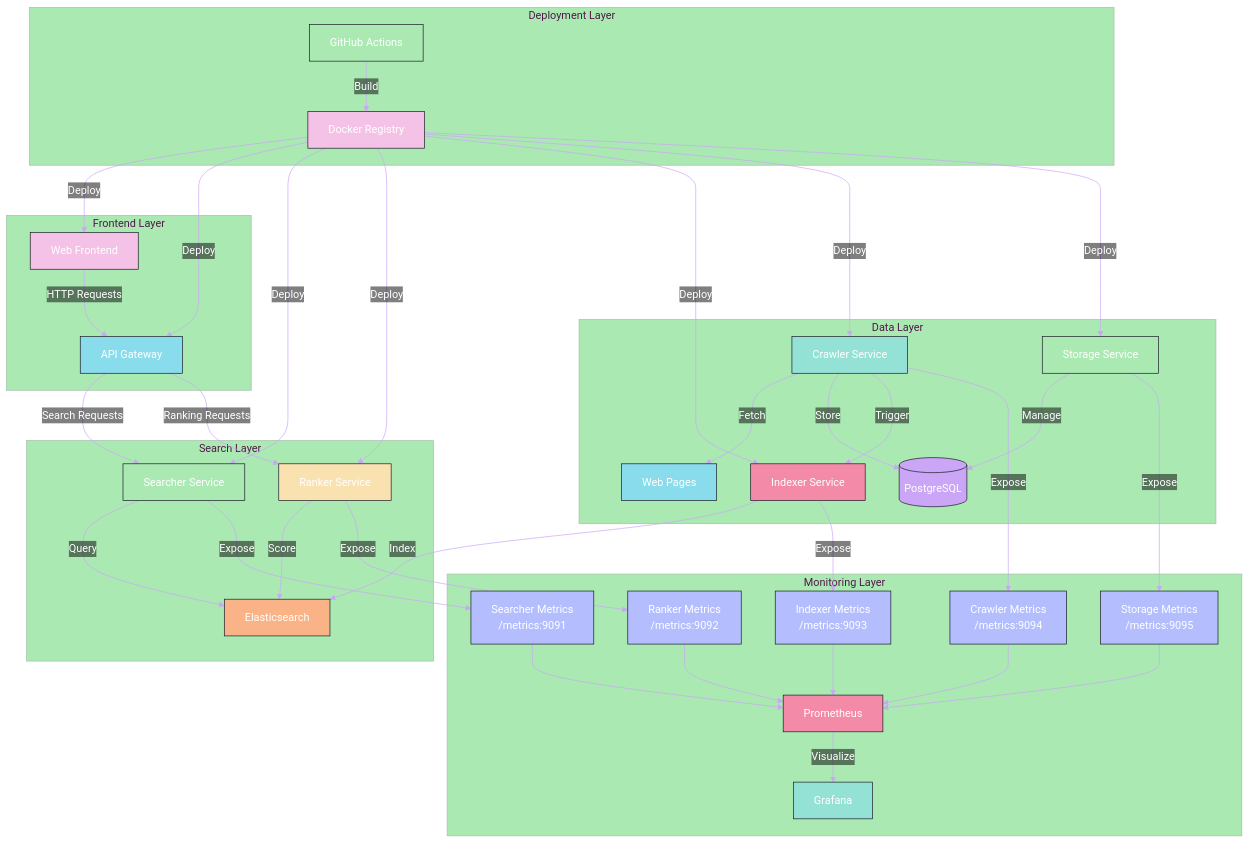
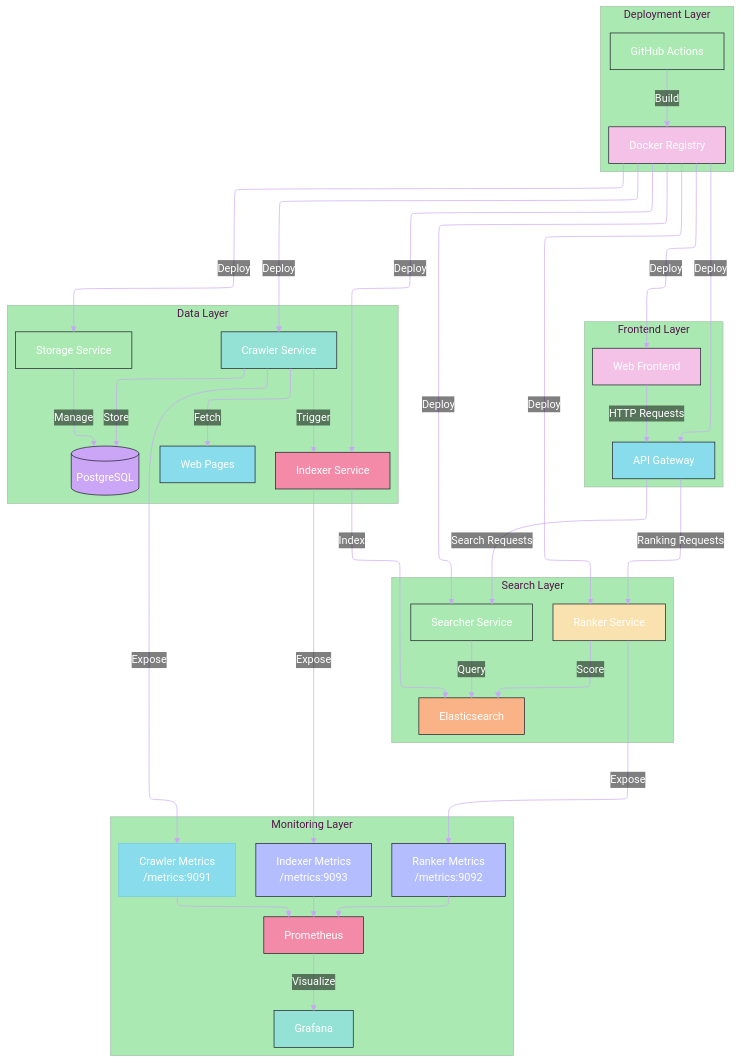
The diagram in docs/architecture/overview.md (rainsfal1/sonoma-search), drawn with Mermaid before and after one commit.

````diff
--- a/docs/architecture/overview.md
+++ b/docs/architecture/overview.md
@@ -7,80 +7,83 @@
 ```mermaid
-%%{init: {
-  'theme': 'base',
-  'themeVariables': {
-    'fontFamily': 'Arial',
-    'fontSize': '16px',
-    'primaryColor': '#89DCEB',
-    'primaryTextColor': '#ffffff',
-    'primaryBorderColor': '#74C7EC',
-    'lineColor': '#CBA6F7',
-    'secondaryColor': '#F5C2E7',
-    'tertiaryColor': '#ABE9B3',
-    'labelBackground': '#00000000',
-    'labelTextColor': '#ffffff',
-    'edgeLabelBackground': '#00000000',
-    'nodeTextColor': '#ffffff'
-  }
-}}%%
+---
+config:
+  theme: base
+  themeVariables:
+    fontFamily: Arial
+    fontSize: 16px
+    primaryColor: '#89DCEB'
+    primaryTextColor: '#ffffff'
+    primaryBorderColor: '#74C7EC'
+    lineColor: '#CBA6F7'
+    secondaryColor: '#F5C2E7'
+    tertiaryColor: '#ABE9B3'
+    labelBackground: '#00000000'
+    labelTextColor: '#ffffff'
+    edgeLabelBackground: '#00000000'
+  layout: elk
+---
 flowchart TD
-    %% Frontend Layer
-    subgraph Frontend["Frontend Layer"]
-        A[Web Frontend]-->|"HTTP Requests"|B[API Gateway]
-        style A fill:#F5C2E7,stroke:#181825,color:#ffffff
-        style B fill:#89DCEB,stroke:#181825,color:#ffffff
-    end
-    
-    %% Search Layer
-    subgraph Search["Search Layer"]
-        B-->|"Search Requests"|C[Searcher Service]
-        B-->|"Ranking Requests"|D[Ranker Service]
-        C-->|"Query"|E[Elasticsearch]
-        D-->|"Score"|E
-        style C fill:#ABE9B3,stroke:#181825,color:#ffffff
-        style D fill:#F9E2AF,stroke:#181825,color:#ffffff
-        style E fill:#FAB387,stroke:#181825,color:#ffffff
-    end
+ subgraph Frontend["Frontend Layer"]
+        B["API Gateway"]
+        A["Web Frontend"]
+  end
+ subgraph Search["Search Layer"]
+        C["Searcher Service"]
+        D["Ranker Service"]
+        E["Elasticsearch"]
+  end
+ subgraph Data["Data Layer"]
+        H["Web Pages"]
+        G["Crawler Service"]
+        I[("PostgreSQL")]
+        F["Indexer Service"]
+        J["Storage Service"]
+  end
+ subgraph Deployment["Deployment Layer"]
+        S["Docker Registry"]
+        R["GitHub Actions"]
+  end
+ subgraph Monitoring["Monitoring Layer"]
+        P["Prometheus"]
+        DM["Ranker Metrics<br>/metrics:9092"]
+        FM["Indexer Metrics<br>/metrics:9093"]
+        GM["Crawler Metrics<br>/metrics:9091"]
+        Q["Grafana"]
+  end
+    A -- HTTP Requests --> B
+    B -- Search Requests --> C
+    B -- Ranking Requests --> D
+    C -- Query --> E
+    D -- Score --> E
+    G -- Fetch --> H
+    G -- Store --> I
+    F -- Index --> E
+    J -- Manage --> I
+    G -- Trigger --> F
+    R -- Build --> S
+    S -- Deploy --> A & B & C & D & F & G & J
+    DM --> P
+    FM --> P
+    GM --> P
+    P -- Visualize --> Q
+    D -- Expose --> DM
+    F -- Expose --> FM
+    G -- Expose --> GM
+    style B fill:#89DCEB,stroke:#181825,color:#ffffff
+    style A fill:#F5C2E7,stroke:#181825,color:#ffffff
+    style C fill:#ABE9B3,stroke:#181825,color:#ffffff
+    style D fill:#F9E2AF,stroke:#181825,color:#ffffff
+    style E fill:#FAB387,stroke:#181825,color:#ffffff
+    style H fill:#89DCEB,stroke:#181825,color:#ffffff
+    style G fill:#94E2D5,stroke:#181825,color:#ffffff
+    style I fill:#CBA6F7,stroke:#181825,color:#ffffff
+    style F fill:#F38BA8,stroke:#181825,color:#ffffff
+    style J fill:#ABE9B3,stroke:#181825,color:#ffffff
+    style S fill:#F5C2E7,stroke:#181825,color:#ffffff
+    style R fill:#ABE9B3,stroke:#181825,color:#ffffff
+    style P fill:#F38BA8,stroke:#181825,color:#ffffff
+    style DM fill:#B4BEFE,stroke:#181825,color:#ffffff
+    style FM fill:#B4BEFE,stroke:#181825,color:#ffffff
+    style Q fill:#94E2D5,stroke:#181825,color:#ffffff
 
-    %% Data Layer
-    subgraph Data["Data Layer"]
-        G[Crawler Service]-->|"Fetch"|H[Web Pages]
-        G-->|"Store"|I[(PostgreSQL)]
-        F[Indexer Service]-->|"Index"|E
-        J[Storage Service]-->|"Manage"|I
-        G-->|"Trigger"|F
-        
-        style F fill:#F38BA8,stroke:#181825,color:#ffffff
-        style G fill:#94E2D5,stroke:#181825,color:#ffffff
-        style H fill:#89DCEB,stroke:#181825,color:#ffffff
-        style I fill:#CBA6F7,stroke:#181825,color:#ffffff
-        style J fill:#ABE9B3,stroke:#181825,color:#ffffff
-    end
-
-    %% Deployment Layer
-    subgraph Deployment["Deployment Layer"]
-        R[GitHub Actions]-->|"Build"|S[Docker Registry]
-        S-->|"Deploy"|A & B & C & D & F & G & J
-        style R fill:#ABE9B3,stroke:#181825,color:#ffffff
-        style S fill:#F5C2E7,stroke:#181825,color:#ffffff
-    end
-
-    %% Monitoring Layer
-    subgraph Monitoring["Monitoring Layer"]
-        CM["Searcher Metrics<br/>/metrics:9091"] & DM["Ranker Metrics<br/>/metrics:9092"] & FM["Indexer Metrics<br/>/metrics:9093"] & GM["Crawler Metrics<br/>/metrics:9094"] & JM["Storage Metrics<br/>/metrics:9095"]-->P[Prometheus]
-        P-->|"Visualize"|Q[Grafana]
-        
-        C-->|"Expose"|CM
-        D-->|"Expose"|DM
-        F-->|"Expose"|FM
-        G-->|"Expose"|GM
-        J-->|"Expose"|JM
-        
-        style CM fill:#B4BEFE,stroke:#181825,color:#ffffff
-        style DM fill:#B4BEFE,stroke:#181825,color:#ffffff
-        style FM fill:#B4BEFE,stroke:#181825,color:#ffffff
-        style GM fill:#B4BEFE,stroke:#181825,color:#ffffff
-        style JM fill:#B4BEFE,stroke:#181825,color:#ffffff
-        style P fill:#F38BA8,stroke:#181825,color:#ffffff
-        style Q fill:#94E2D5,stroke:#181825,color:#ffffff
-    end
 ```
````
